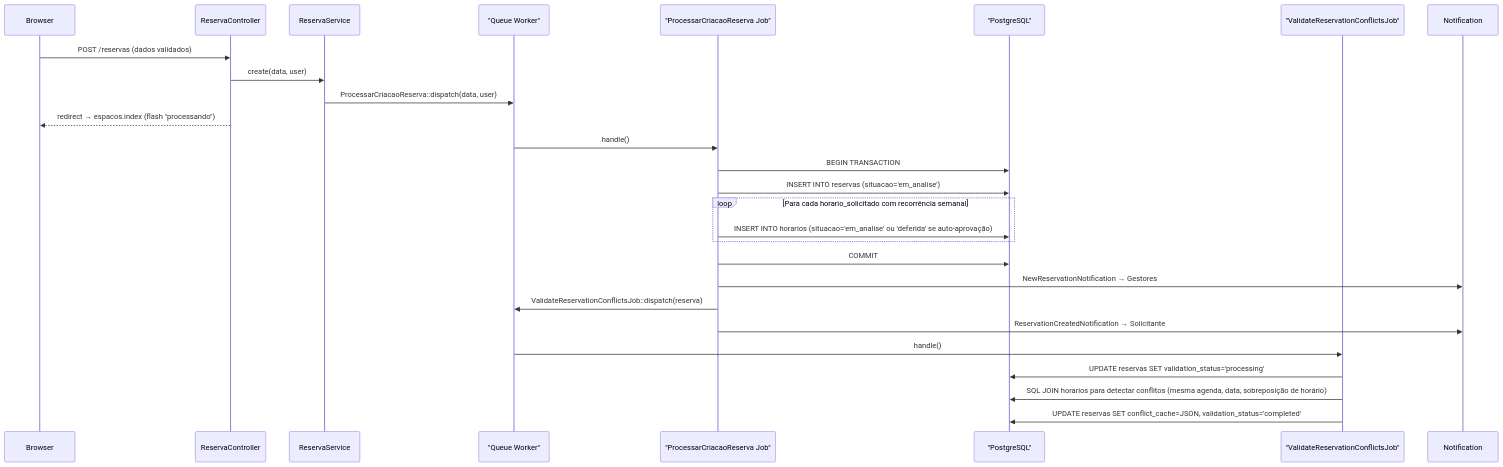
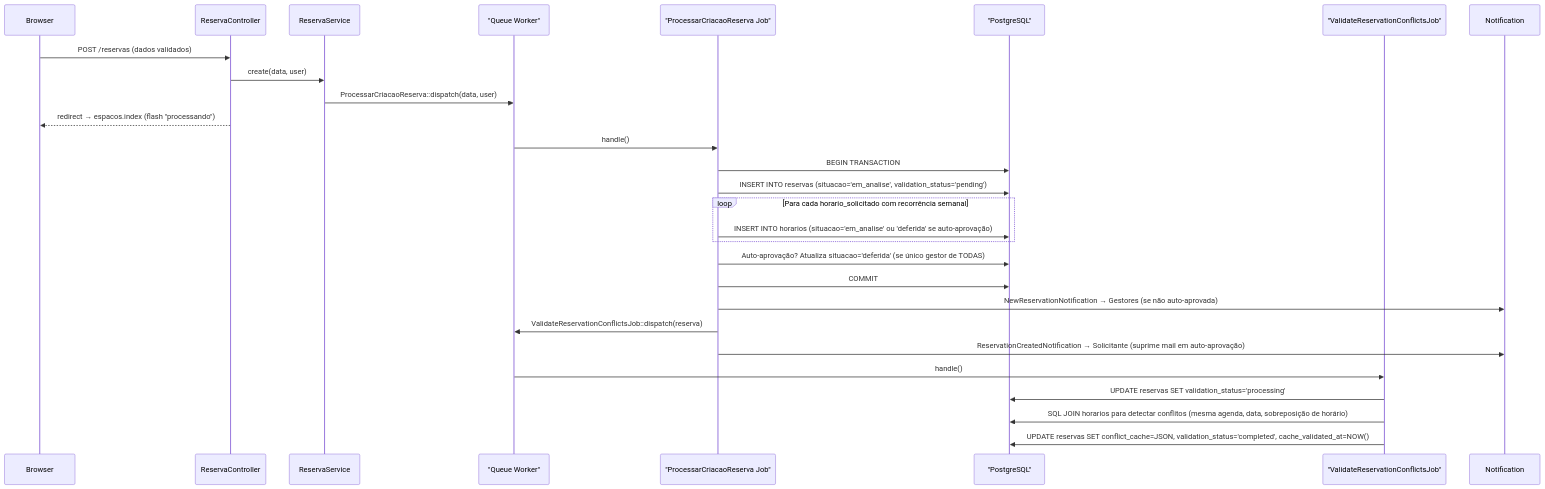
The fourth of 13 diagrams in docs/core-workflow-report.md (uniespacos/app), drawn with Mermaid before and after one commit. The commit also changed other lines of this file and 14 other files, not shown here.

````diff
--- a/docs/core-workflow-report.md
+++ b/docs/core-workflow-report.md
@@ -128,33 +188,34 @@
 ```mermaid
 sequenceDiagram
     participant Browser
     participant ReservaController
     participant ReservaService
     participant Queue as "Queue Worker"
     participant ProcessarCriacaoReserva as "ProcessarCriacaoReserva Job"
     participant DB as "PostgreSQL"
     participant ValidateJob as "ValidateReservationConflictsJob"
     participant Notification
 
     Browser->>ReservaController: POST /reservas (dados validados)
     ReservaController->>ReservaService: create(data, user)
     ReservaService->>Queue: ProcessarCriacaoReserva::dispatch(data, user)
     ReservaController-->>Browser: redirect → espacos.index (flash "processando")
 
     Queue->>ProcessarCriacaoReserva: handle()
     ProcessarCriacaoReserva->>DB: BEGIN TRANSACTION
-    ProcessarCriacaoReserva->>DB: INSERT INTO reservas (situacao='em_analise')
+    ProcessarCriacaoReserva->>DB: INSERT INTO reservas (situacao='em_analise', validation_status='pending')
     loop Para cada horario_solicitado com recorrência semanal
         ProcessarCriacaoReserva->>DB: INSERT INTO horarios (situacao='em_analise' ou 'deferida' se auto-aprovação)
     end
+    ProcessarCriacaoReserva->>DB: Auto-aprovação? Atualiza situacao='deferida' (se único gestor de TODAS)
     ProcessarCriacaoReserva->>DB: COMMIT
 
-    ProcessarCriacaoReserva->>Notification: NewReservationNotification → Gestores
+    ProcessarCriacaoReserva->>Notification: NewReservationNotification → Gestores (se não auto-aprovada)
     ProcessarCriacaoReserva->>Queue: ValidateReservationConflictsJob::dispatch(reserva)
-    ProcessarCriacaoReserva->>Notification: ReservationCreatedNotification → Solicitante
+    ProcessarCriacaoReserva->>Notification: ReservationCreatedNotification → Solicitante (suprime mail em auto-aprovação)
 
     Queue->>ValidateJob: handle()
     ValidateJob->>DB: UPDATE reservas SET validation_status='processing'
     ValidateJob->>DB: SQL JOIN horarios para detectar conflitos (mesma agenda, data, sobreposição de horário)
-    ValidateJob->>DB: UPDATE reservas SET conflict_cache=JSON, validation_status='completed'
+    ValidateJob->>DB: UPDATE reservas SET conflict_cache=JSON, validation_status='completed', cache_validated_at=NOW()
 ```
````
